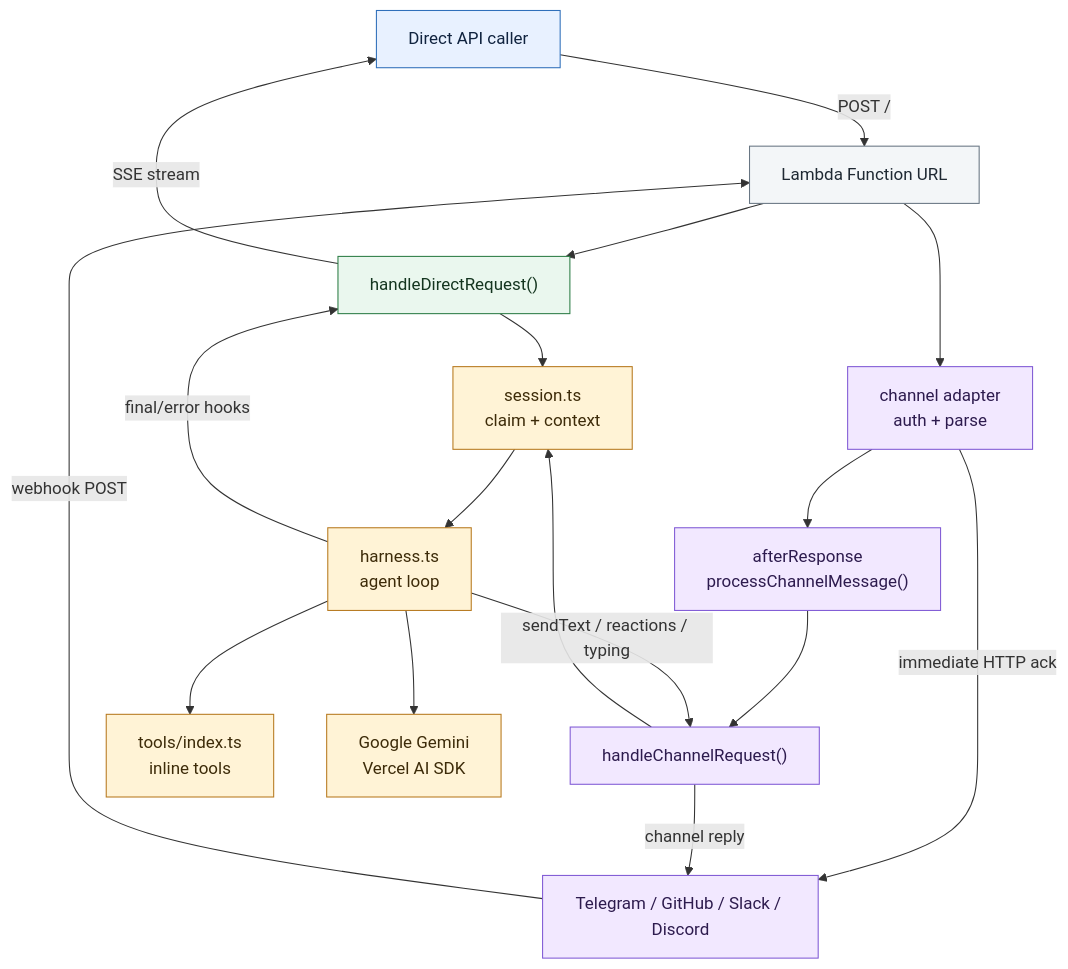
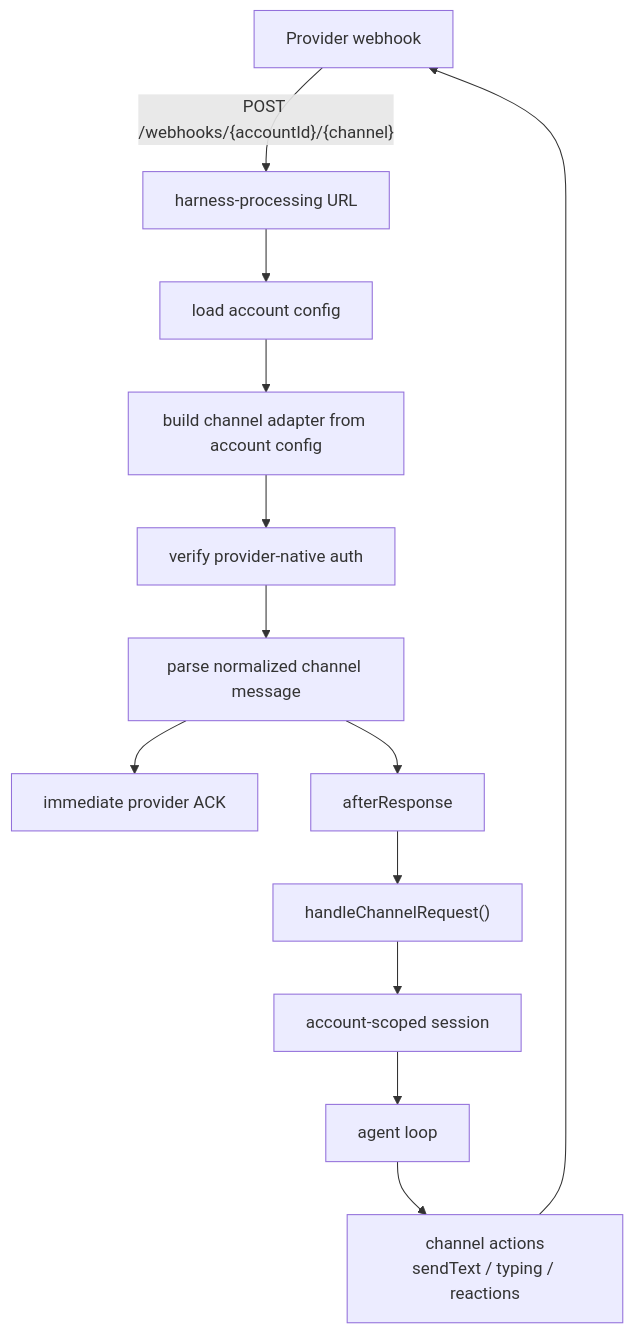
The sixth of 7 diagrams in docs/architecture.md (beeblastco/filthy-panty), drawn with Mermaid before and after one commit. The commit also changed other lines of this file and 32 other files, not shown here.

Commit message:
Add account-scoped configuration

````diff
--- a/docs/architecture.md
+++ b/docs/architecture.md
@@ -133,33 +127,15 @@
 ```mermaid
 flowchart TD
-  DirectCaller["Direct API caller"] -->|"POST /"| Url["Lambda Function URL"]
-  Url --> Direct["handleDirectRequest()"]
-  Direct --> Session["session.ts<br/>claim + context"]
-  Direct -->|"SSE stream"| DirectCaller
-
-  Channel["Telegram / GitHub / Slack / Discord"] -->|"webhook POST"| Url
-  Url --> ChannelRoute["channel adapter<br/>auth + parse"]
-  ChannelRoute -->|"immediate HTTP ack"| Channel
-  ChannelRoute --> AfterResponse["afterResponse<br/>processChannelMessage()"]
-  AfterResponse --> ChannelHandler["handleChannelRequest()"]
-  ChannelHandler --> Session
-
-  Session --> Harness["harness.ts<br/>agent loop"]
-  Harness --> Tools["tools/index.ts<br/>inline tools"]
-  Harness --> Model["Google Gemini<br/>Vercel AI SDK"]
-  Harness -->|"final/error hooks"| Direct
-  Harness -->|"sendText / reactions / typing"| ChannelHandler
-  ChannelHandler -->|"channel reply"| Channel
-
-  classDef caller fill:#e8f1ff,stroke:#2f6fba,color:#10233f
-  classDef lambda fill:#f3f6f8,stroke:#687683,color:#1f2933
-  classDef direct fill:#eaf7ee,stroke:#2d7d46,color:#14351f
-  classDef channel fill:#f2e8ff,stroke:#805ad5,color:#2d1b4e
-  classDef agent fill:#fff3d6,stroke:#b7791f,color:#3d2b09
-
-  class DirectCaller caller
-  class Url lambda
-  class Direct direct
-  class Channel,ChannelRoute,AfterResponse,ChannelHandler channel
-  class Session,Harness,Tools,Model agent
+  Provider["Provider webhook"] -->|"POST /webhooks/{accountId}/{channel}"| Url["harness-processing URL"]
+  Url --> Load["load account config"]
+  Load --> Adapter["build channel adapter from account config"]
+  Adapter --> Auth["verify provider-native auth"]
+  Auth --> Parse["parse normalized channel message"]
+  Parse --> Ack["immediate provider ACK"]
+  Parse --> After["afterResponse"]
+  After --> Handler["handleChannelRequest()"]
+  Handler --> Session["account-scoped session"]
+  Session --> Agent["agent loop"]
+  Agent --> Reply["channel actions<br/>sendText / typing / reactions"]
+  Reply --> Provider
 ```
````
